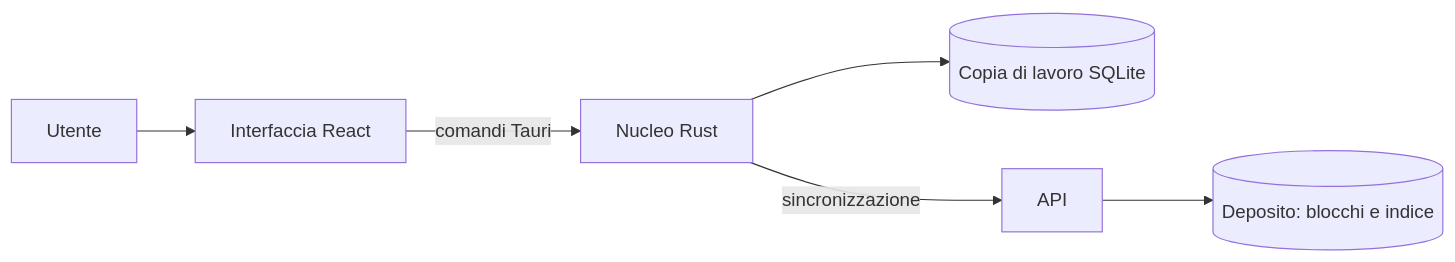
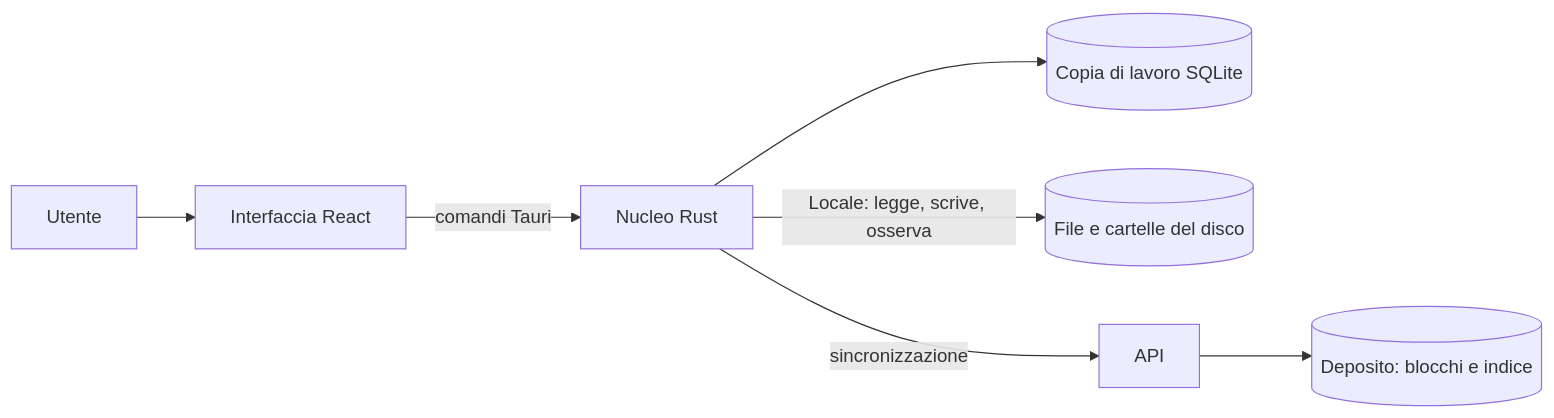
One commit to Helmutsti/MemoDu changed the diagram in docs/architettura/architettura.md. Above: the diagram before and after it, drawn with Mermaid. The commit also changed other lines of this file and 6 other files, not shown here.

````diff
--- a/docs/architettura/architettura.md
+++ b/docs/architettura/architettura.md
@@ -73,8 +74,9 @@
 ```mermaid
 flowchart LR
     U[Utente] --> F[Interfaccia React]
     F -- comandi Tauri --> N[Nucleo Rust]
     N --> C[(Copia di lavoro SQLite)]
+    N -- Locale: legge, scrive, osserva --> L[(File e cartelle del disco)]
     N -- sincronizzazione --> A[API]
     A --> D[(Deposito: blocchi e indice)]
 ```
````
